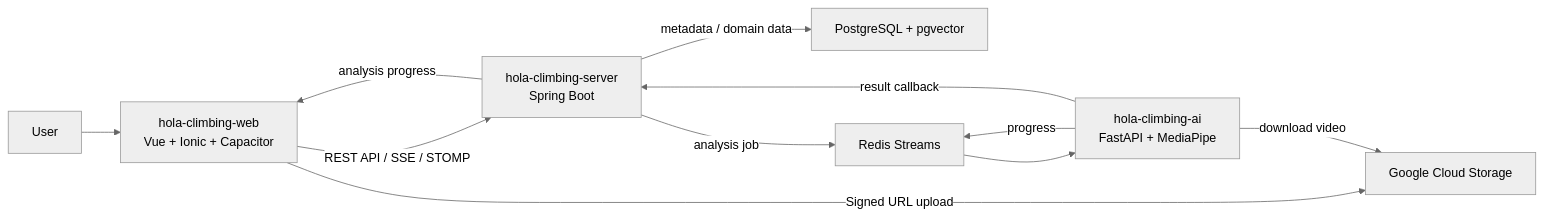
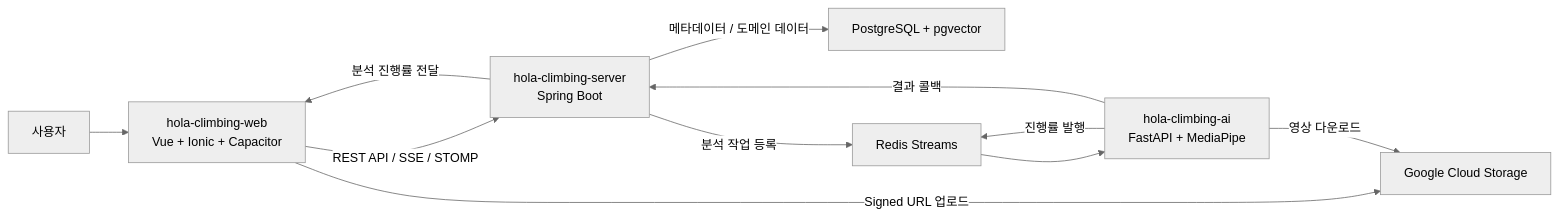
The diagram in profile/README.md (hola-climb/.github), drawn with Mermaid (neutral theme) before and after one commit. The commit also changed other lines of this file, not shown here.

````diff
--- a/profile/README.md
+++ b/profile/README.md
@@ -54,13 +54,13 @@
 ```mermaid
 flowchart LR
-  User["User"] --> Web["hola-climbing-web<br/>Vue + Ionic + Capacitor"]
+  User["사용자"] --> Web["hola-climbing-web<br/>Vue + Ionic + Capacitor"]
   Web -->|REST API / SSE / STOMP| Server["hola-climbing-server<br/>Spring Boot"]
-  Web -->|Signed URL upload| GCS["Google Cloud Storage"]
-  Server -->|metadata / domain data| DB["PostgreSQL + pgvector"]
-  Server -->|analysis job| Redis["Redis Streams"]
+  Web -->|Signed URL 업로드| GCS["Google Cloud Storage"]
+  Server -->|메타데이터 / 도메인 데이터| DB["PostgreSQL + pgvector"]
+  Server -->|분석 작업 등록| Redis["Redis Streams"]
   Redis --> Worker["hola-climbing-ai<br/>FastAPI + MediaPipe"]
-  Worker -->|download video| GCS
-  Worker -->|progress| Redis
-  Worker -->|result callback| Server
-  Server -->|analysis progress| Web
+  Worker -->|영상 다운로드| GCS
+  Worker -->|진행률 발행| Redis
+  Worker -->|결과 콜백| Server
+  Server -->|분석 진행률 전달| Web
 ```
````
